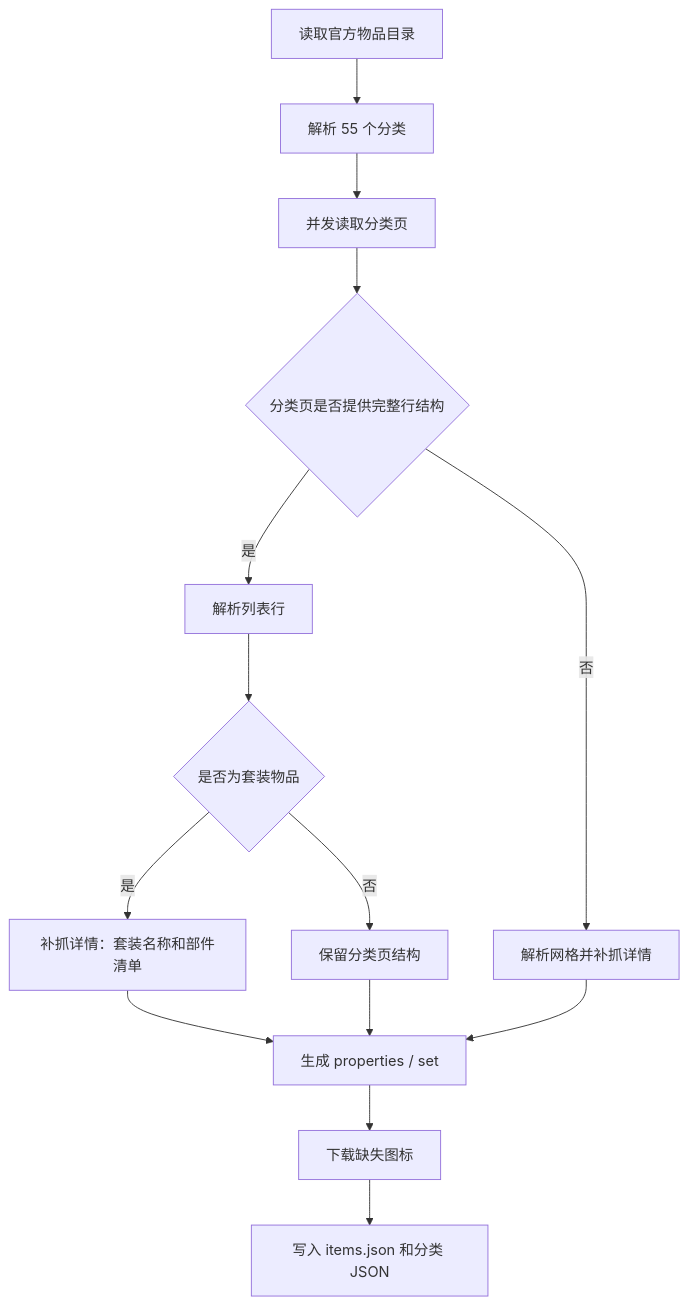
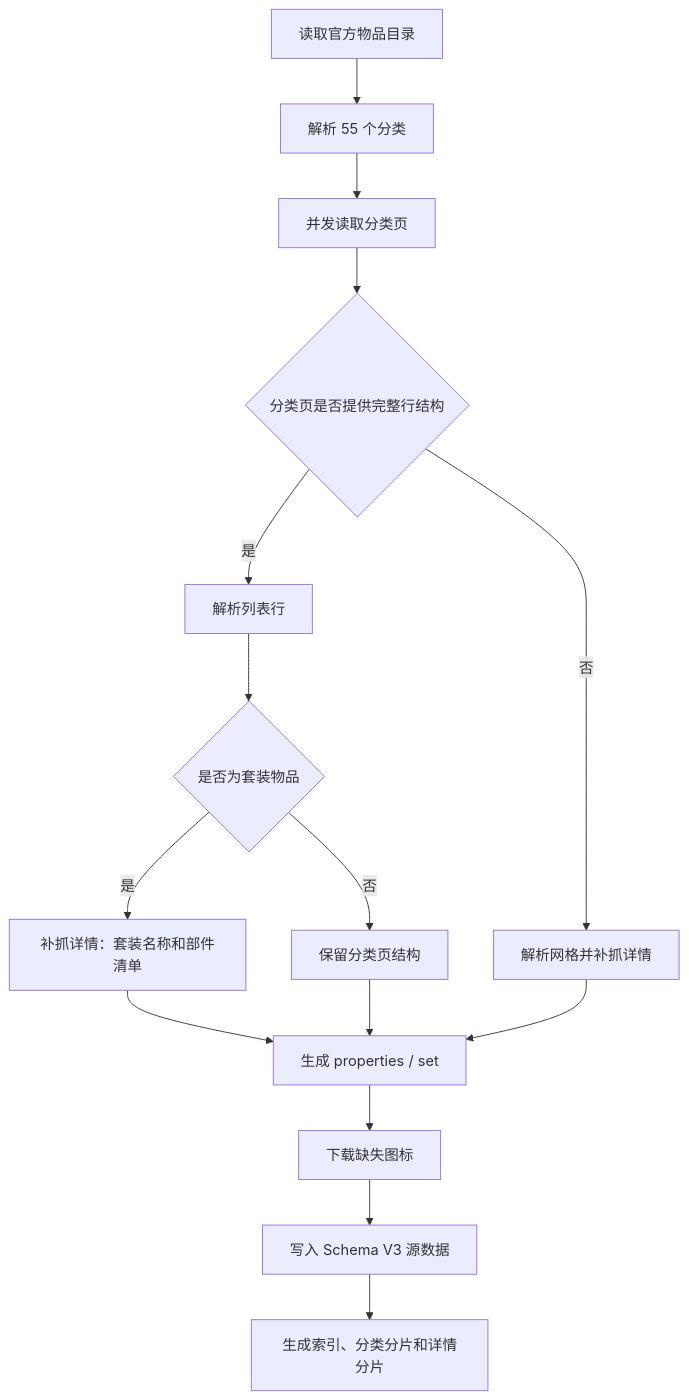
The diagram in docs/data-pipeline.md (vosmokesaji/d3-bd-site), drawn with Mermaid before and after one commit. The commit also changed other lines of this file and 7 other files, not shown here.

````diff
--- a/docs/data-pipeline.md
+++ b/docs/data-pipeline.md
@@ -23,16 +28,17 @@
 ```mermaid
 flowchart TD
   A["读取官方物品目录"] --> B["解析 55 个分类"]
   B --> C["并发读取分类页"]
   C --> D{"分类页是否提供完整行结构"}
   D -- 是 --> E["解析列表行"]
   D -- 否 --> F["解析网格并补抓详情"]
   E --> G{"是否为套装物品"}
   G -- 是 --> H["补抓详情：套装名称和部件清单"]
   G -- 否 --> I["保留分类页结构"]
   H --> J["生成 properties / set"]
   F --> J
   I --> J
   J --> K["下载缺失图标"]
-  K --> L["写入 items.json 和分类 JSON"]
+  K --> L["写入 Schema V3 源数据"]
+  L --> M["生成索引、分类分片和详情分片"]
 ```
````
